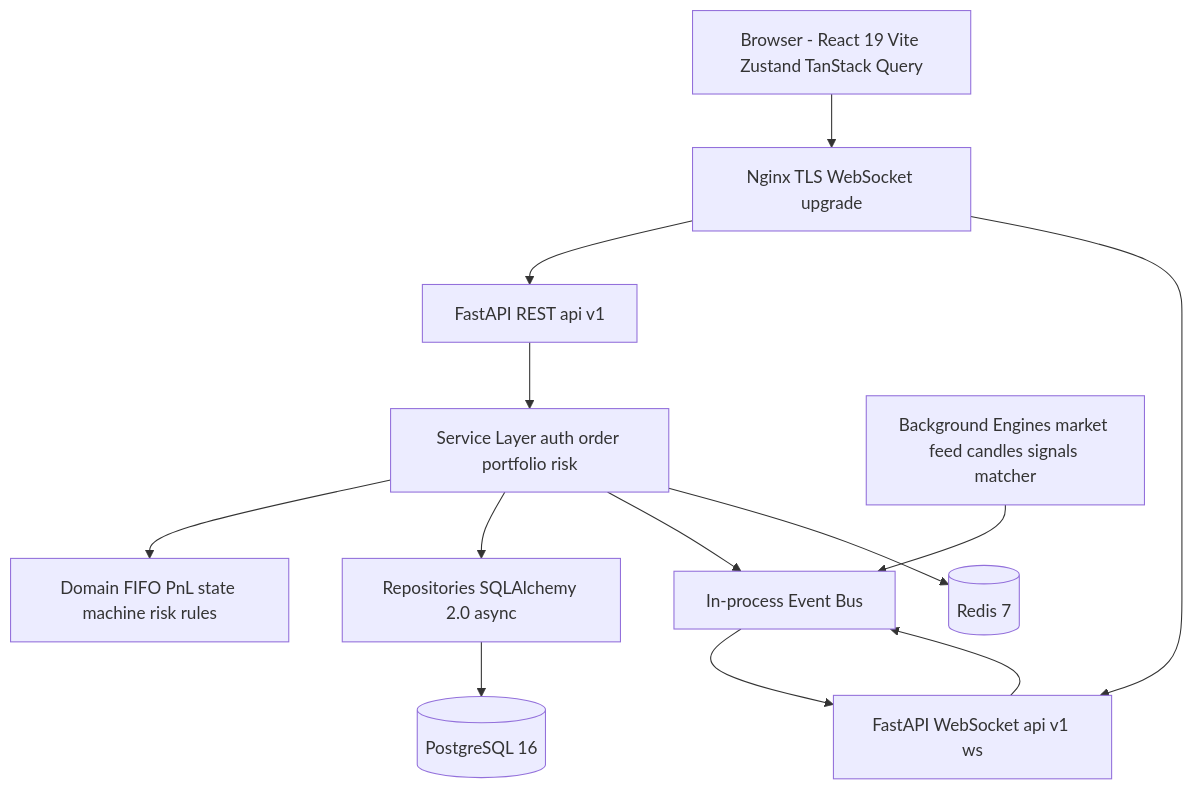
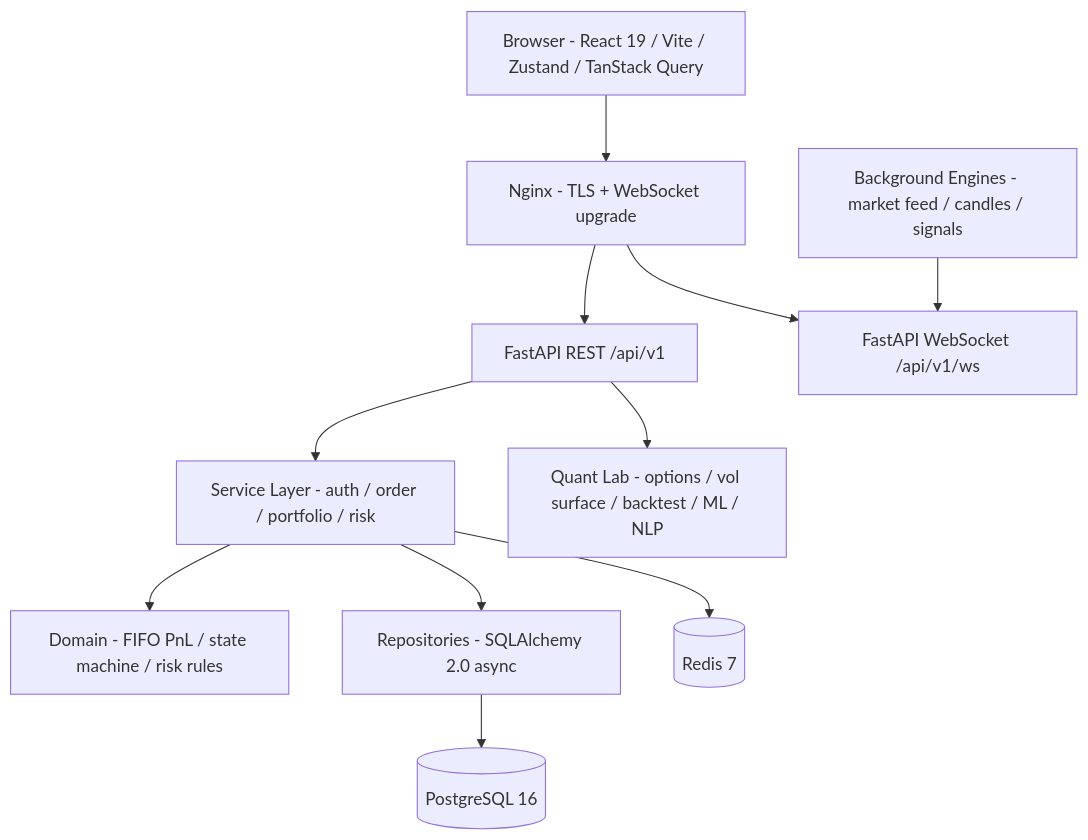
One commit to Akshatx-io/Algorithmic-Trading-Simulator changed the diagram in README.md. Above: the diagram before and after it, drawn with Mermaid. The commit also changed other lines of this file, not shown here.

````diff
--- a/README.md
+++ b/README.md
@@ -93,27 +113,25 @@
 ```mermaid
 flowchart TB
-    Browser[Browser - React 19 Vite Zustand TanStack Query]
-    Nginx[Nginx TLS WebSocket upgrade]
-    REST[FastAPI REST api v1]
-    WS[FastAPI WebSocket api v1 ws]
-    Services[Service Layer auth order portfolio risk]
-    Domain[Domain FIFO PnL state machine risk rules]
-    Repos[Repositories SQLAlchemy 2.0 async]
-    Bus[In-process Event Bus]
-    Engines[Background Engines market feed candles signals matcher]
+    Browser[Browser - React 19 / Vite / Zustand / TanStack Query]
+    Nginx[Nginx - TLS + WebSocket upgrade]
+    REST[FastAPI REST /api/v1]
+    WS[FastAPI WebSocket /api/v1/ws]
+    Services[Service Layer - auth / order / portfolio / risk]
+    Quant[Quant Lab - options / vol surface / backtest / ML / NLP]
+    Domain[Domain - FIFO PnL / state machine / risk rules]
+    Repos[Repositories - SQLAlchemy 2.0 async]
+    Engines[Background Engines - market feed / candles / signals]
     Postgres[(PostgreSQL 16)]
     Redis[(Redis 7)]
 
     Browser --> Nginx
     Nginx --> REST
     Nginx --> WS
     REST --> Services
-    WS --> Bus
+    REST --> Quant
     Services --> Domain
     Services --> Repos
-    Services --> Bus
     Repos --> Postgres
     Services --> Redis
-    Engines --> Bus
-    Bus --> WS
+    Engines --> WS
 ```
````
